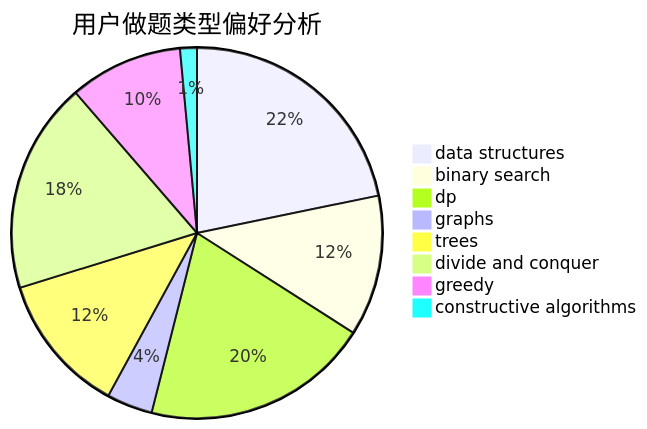
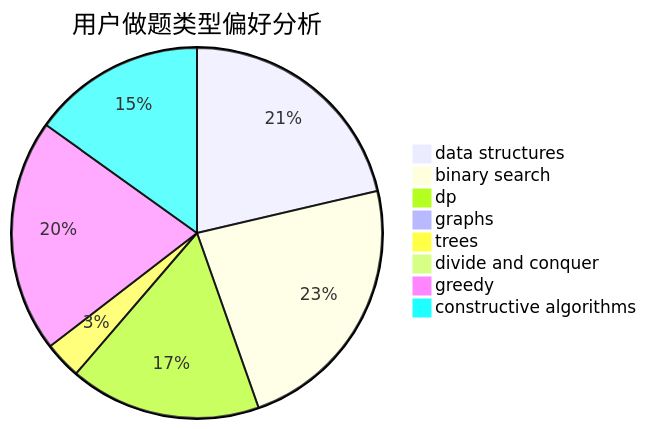
The second of 3 diagrams in docs/user/u1132.md (sherpahu/cfrs.github.io), drawn with Mermaid before and after one commit. The commit also changed other lines of this file and 2770 other files, not shown here.

````diff
--- a/docs/user/u1132.md
+++ b/docs/user/u1132.md
@@ -23,11 +23,11 @@
 ```mermaid
 pie title 用户做题类型偏好分析
-    "data structures" :  163
-    "binary search" :  92
-    "dp" :  149
-    "graphs" :  30
-    "trees" :  92
-    "divide and conquer" :  138
-    "greedy" :  74
-    "constructive algorithms" :  11
+    "data structures" :  574
+    "binary search" :  625
+    "dp" :  449
+    "graphs" :  26
+    "trees" :  87
+    "divide and conquer" :  0
+    "greedy" :  547
+    "constructive algorithms" :  406
 ```
````
